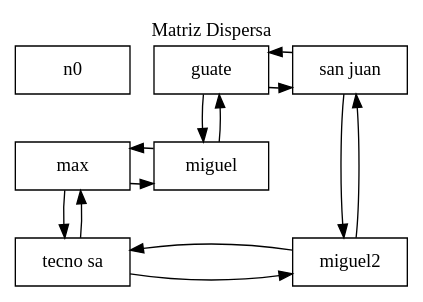
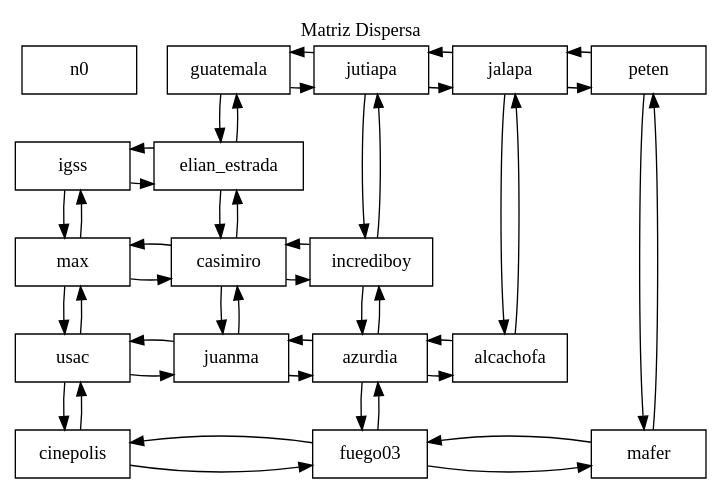
One commit to miguel-tubac/-EDD-Proyecto1_202101927 changed the diagram in src/Reportes/matriz.dot. Above: the diagram before and after it, drawn with Graphviz. The commit also changed 16 other files, not shown here.

```diff
--- a/src/Reportes/matriz.dot
+++ b/src/Reportes/matriz.dot
@@ -1,25 +1,59 @@
 digraph G {
 	label="Matriz Dispersa";
 	labelloc="t";
 	node [shape=box width=1.2 ];
 n0 -> n2 -> n0 [color=transparent];
-	n2 [label="guate" group=0];
+	n2 [label="guatemala" group=0];
 	n2 -> n1 -> n2;
-	n1 [label = "miguel" group=0];
+	n1 [label = "elian_estrada" group=0];
+	n1 -> n7 -> n1;
+	n7 [label = "casimiro" group=2];
+	n7 -> n14 -> n7;
+	n14 [label = "juanma" group=4];
 	n2 -> n5 -> n2;
-	n5 [label="san juan" group=1];
+	n5 [label="jutiapa" group=1];
 	n5 -> n4 -> n5;
-	n4 [label = "miguel2" group=1];
+	n4 [label = "incrediboy" group=1];
+	n4 -> n16 -> n4;
+	n16 [label = "azurdia" group=4];
+	n16 -> n15 -> n16;
+	n15 [label = "fuego03" group=4];
+	n5 -> n9 -> n5;
+	n9 [label="jalapa" group=2];
+	n9 -> n8 -> n9;
+	n8 [label = "alcachofa" group=2];
+	n9 -> n12 -> n9;
+	n12 [label="peten" group=3];
+	n12 -> n11 -> n12;
+	n11 [label = "mafer" group=3];
 	n0 -> n3 -> n0 [color=transparent];
-	n3 [label="max" group=0];
+	n3 [label="igss" group=0];
 	n3 -> n1 -> n3;
-	n1 [label="miguel" group=0];
+	n1 [label="elian_estrada" group=0];
 	n3 -> n6 -> n3;
-	n6 [label="tecno sa" group=0];
-	n6 -> n4 -> n6;
-	n4 [label="miguel2" group=1];
-	{ rank=same; n0; n2; n5; }
+	n6 [label="max" group=0];
+	n6 -> n7 -> n6;
+	n7 [label="casimiro" group=2];
+	n7 -> n4 -> n7;
+	n4 [label="incrediboy" group=1];
+	n6 -> n10 -> n6;
+	n10 [label="usac" group=0];
+	n10 -> n14 -> n10;
+	n14 [label="juanma" group=4];
+	n14 -> n16 -> n14;
+	n16 [label="azurdia" group=4];
+	n16 -> n8 -> n16;
+	n8 [label="alcachofa" group=2];
+	n10 -> n13 -> n10;
+	n13 [label="cinepolis" group=0];
+	n13 -> n15 -> n13;
+	n15 [label="fuego03" group=4];
+	n15 -> n11 -> n15;
+	n11 [label="mafer" group=3];
+	{ rank=same; n0; n2; n5; n9; n12; }
 	{ rank=same; n3; n1; }
-	{ rank=same; n6; n4; }
+	{ rank=same; n6; n7; n4; }
+	{ rank=same; n10; n14; n16; n8; }
+	{ rank=same; n13; n15; n11; }
 	
 }
```
